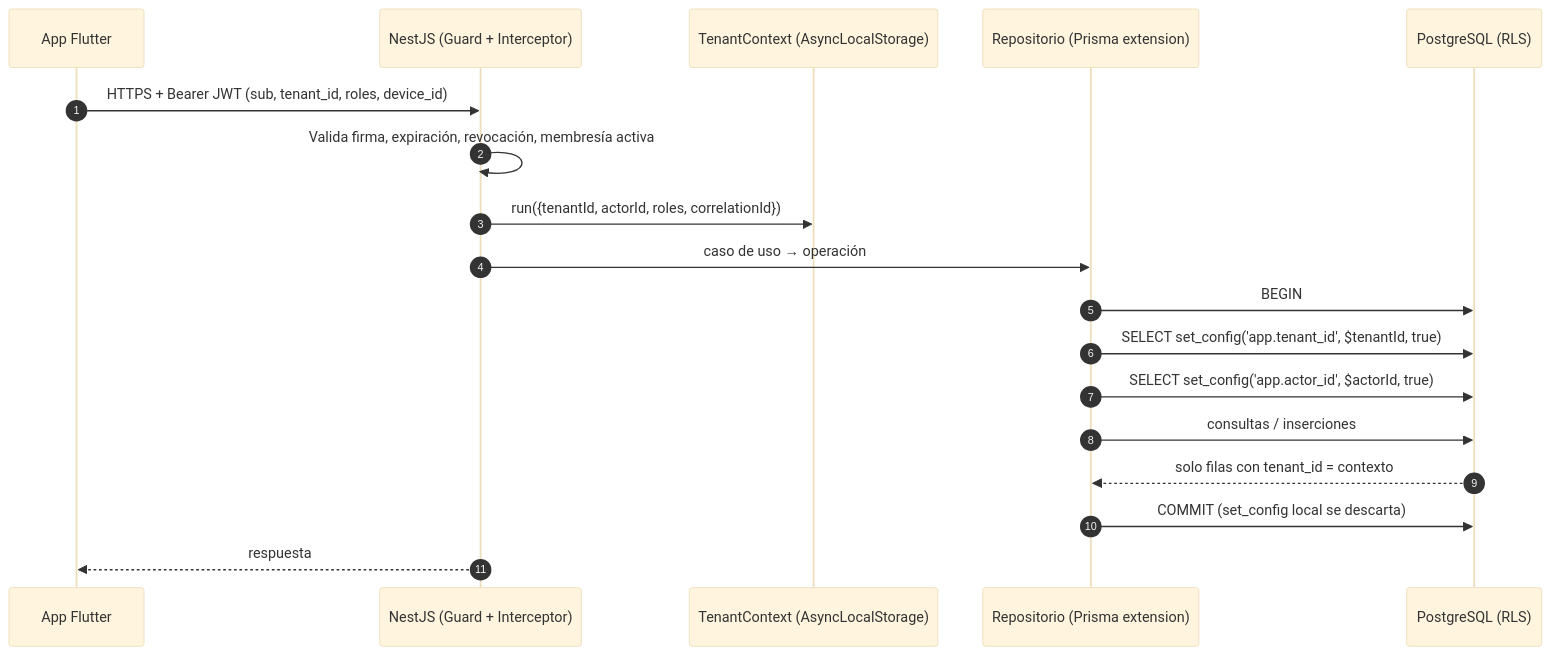
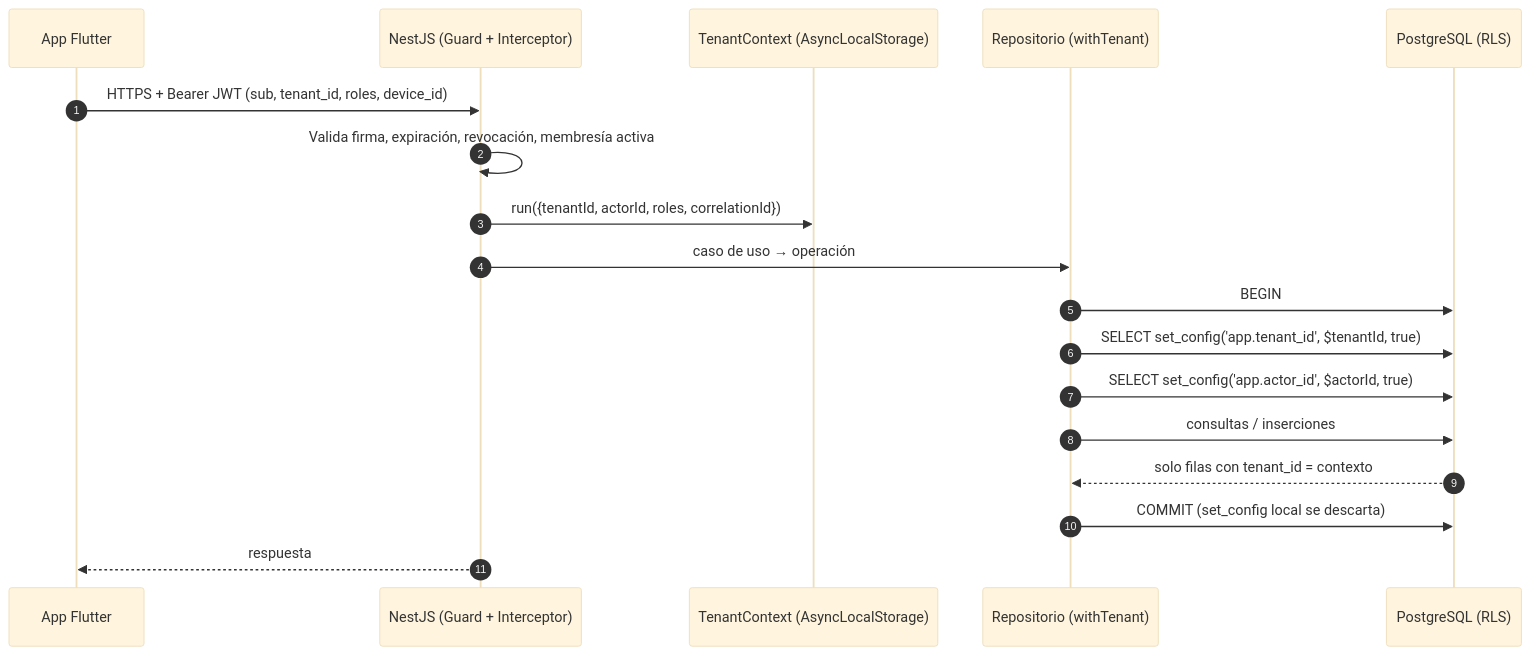
The first of 2 diagrams in docs/security/multi-tenant-isolation.md (aguila486/kuota-platform), drawn with Mermaid (base theme) before and after one commit. The commit also changed other lines of this file and 8 other files, not shown here.

First line of the commit message:
docs(docs): align architecture, security and quality docs with accepted decisions

````diff
--- a/docs/security/multi-tenant-isolation.md
+++ b/docs/security/multi-tenant-isolation.md
@@ -77,21 +83,21 @@
 ```mermaid
 sequenceDiagram
     autonumber
     participant App as App Flutter
     participant API as NestJS (Guard + Interceptor)
     participant ALS as TenantContext (AsyncLocalStorage)
-    participant Repo as Repositorio (Prisma extension)
+    participant Repo as Repositorio (withTenant)
     participant PG as PostgreSQL (RLS)
 
     App->>API: HTTPS + Bearer JWT (sub, tenant_id, roles, device_id)
     API->>API: Valida firma, expiración, revocación, membresía activa
     API->>ALS: run({tenantId, actorId, roles, correlationId})
     API->>Repo: caso de uso → operación
     Repo->>PG: BEGIN
     Repo->>PG: SELECT set_config('app.tenant_id', $tenantId, true)
     Repo->>PG: SELECT set_config('app.actor_id', $actorId, true)
     Repo->>PG: consultas / inserciones
     PG-->>Repo: solo filas con tenant_id = contexto
     Repo->>PG: COMMIT (set_config local se descarta)
     API-->>App: respuesta
 ```
````
